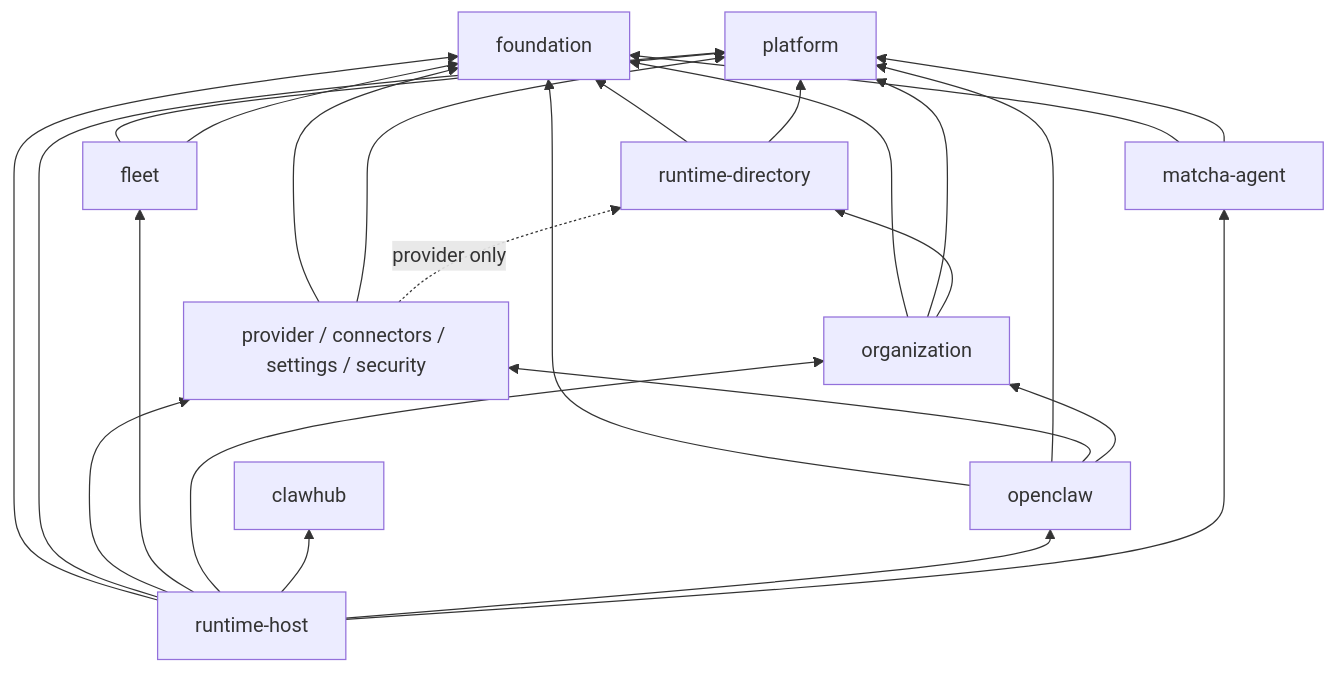
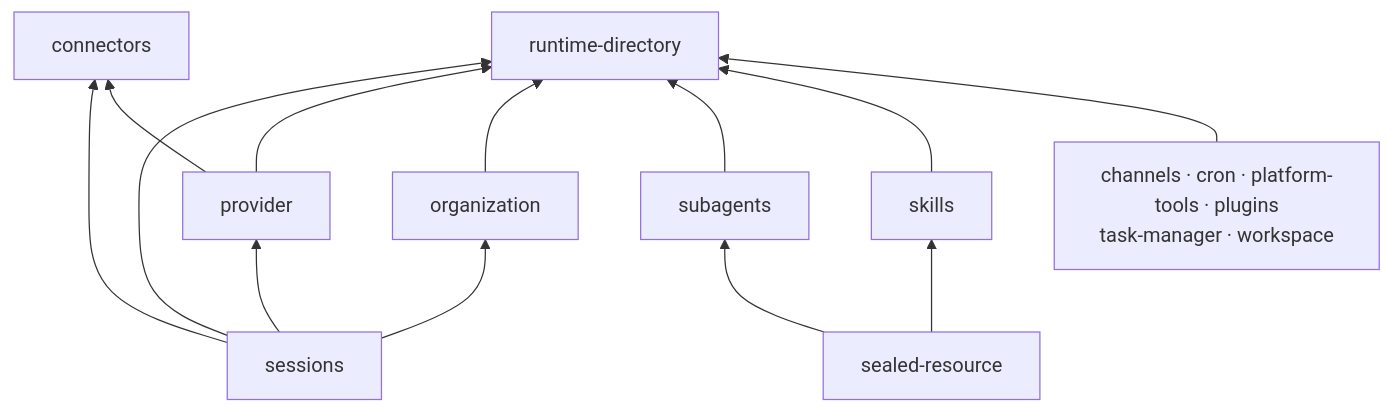
One commit to hellowKeyzj/Matcha-claw changed the fourth of 7 diagrams in docs/architecture/layered-architecture.md. Above: the diagram before and after it, drawn with Mermaid. The commit also changed other lines of this file and 1594 other files, not shown here.

````diff
--- a/docs/architecture/layered-architecture.md
+++ b/docs/architecture/layered-architecture.md
@@ -384,38 +389,25 @@
 ```mermaid
 flowchart BT
-  Foundation[foundation]
-  Platform[platform]
-  Products[provider / connectors / settings / security]
-  RuntimeDirectory[runtime-directory]
-  Fleet[fleet]
+  Directory["runtime-directory"]
+  Six["channels · cron · platform-tools · plugins\ntask-manager · workspace"]
   Organization[organization]
-  ClawHub[clawhub]
-  OpenClaw[openclaw]
-  Matcha[matcha-agent]
-  Host[runtime-host]
+  Provider[provider]
+  Connectors[connectors]
+  Sessions[sessions]
+  Sealed["sealed-resource"]
+  Skills[skills]
+  Subagents[subagents]
 
-  Products --> Foundation
-  Products --> Platform
-  Products -. provider only .-> RuntimeDirectory
-  RuntimeDirectory --> Foundation
-  RuntimeDirectory --> Platform
-  Fleet --> Platform
-  Fleet --> Foundation
-  OpenClaw --> Foundation
-  OpenClaw --> Platform
-  OpenClaw --> Products
-  OpenClaw --> Organization
-  Organization --> Foundation
-  Organization --> Platform
-  Organization --> RuntimeDirectory
-  Matcha --> Foundation
-  Matcha --> Platform
-  Host --> Foundation
-  Host --> Platform
-  Host --> Products
-  Host --> Fleet
-  Host --> Organization
-  Host --> ClawHub
-  Host --> OpenClaw
-  Host --> Matcha
+  Six --> Directory
+  Skills --> Directory
+  Subagents --> Directory
+  Organization --> Directory
+  Provider --> Connectors
+  Provider --> Directory
+  Sessions --> Connectors
+  Sessions --> Organization
+  Sessions --> Provider
+  Sessions --> Directory
+  Sealed --> Skills
+  Sealed --> Subagents
 ```
````
